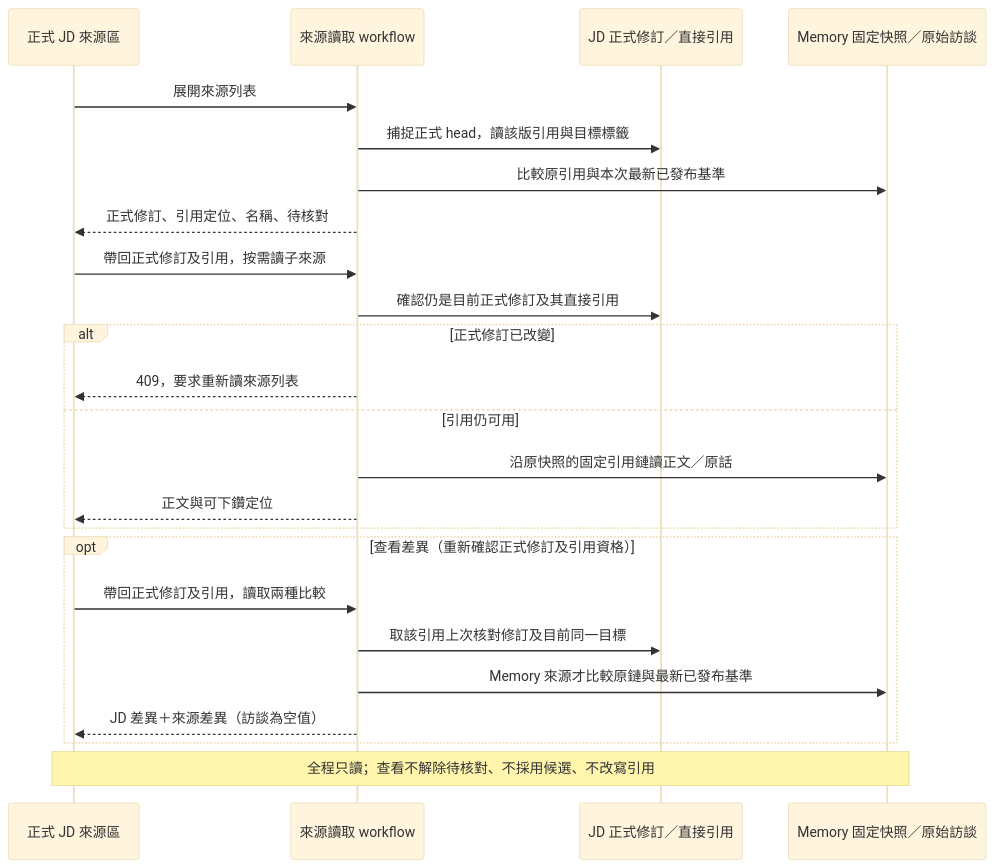
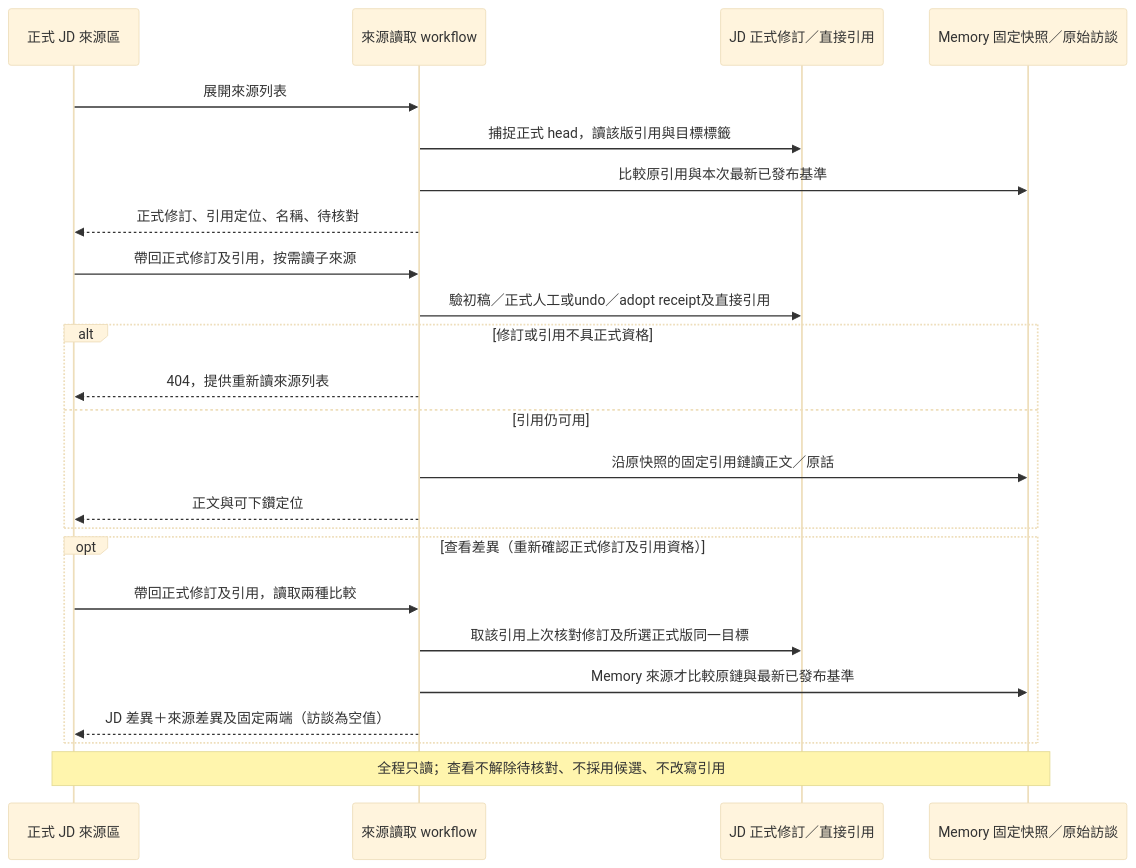
One commit to JD-Consultant/Caliburn changed the diagram in docs/diagrams/implementation/interface-and-delivery/jd-source-lookup.mmd. Above: the diagram before and after it, drawn with Mermaid (base theme). The commit also changed 920 other files, not shown here.

```diff
--- a/docs/diagrams/implementation/interface-and-delivery/jd-source-lookup.mmd
+++ b/docs/diagrams/implementation/interface-and-delivery/jd-source-lookup.mmd
@@ -1,26 +1,26 @@
 %% title: 現行：正式 JD 來源的唯讀回查
 %% legend: 實線實心箭頭為呼叫，虛線為回覆；alt 為修訂資格分支，opt 為按需比較。Memory 與訪談合併呈現，全程不解除待核對。
 sequenceDiagram
   participant UI as 正式 JD 來源區
   participant Query as 來源讀取 workflow
   participant JD as JD 正式修訂／直接引用
   participant Memory as Memory 固定快照／原始訪談
   UI->>Query: 展開來源列表
   Query->>JD: 捕捉正式 head，讀該版引用與目標標籤
   Query->>Memory: 比較原引用與本次最新已發布基準
   Query-->>UI: 正式修訂、引用定位、名稱、待核對
   UI->>Query: 帶回正式修訂及引用，按需讀子來源
-  Query->>JD: 確認仍是目前正式修訂及其直接引用
-  alt 正式修訂已改變
-    Query-->>UI: 409，要求重新讀來源列表
+  Query->>JD: 驗初稿／正式人工或undo／adopt receipt及直接引用
+  alt 修訂或引用不具正式資格
+    Query-->>UI: 404，提供重新讀來源列表
   else 引用仍可用
     Query->>Memory: 沿原快照的固定引用鏈讀正文／原話
     Query-->>UI: 正文與可下鑽定位
   end
   opt 查看差異（重新確認正式修訂及引用資格）
     UI->>Query: 帶回正式修訂及引用，讀取兩種比較
-    Query->>JD: 取該引用上次核對修訂及目前同一目標
+    Query->>JD: 取該引用上次核對修訂及所選正式版同一目標
     Query->>Memory: Memory 來源才比較原鏈與最新已發布基準
-    Query-->>UI: JD 差異＋來源差異（訪談為空值）
+    Query-->>UI: JD 差異＋來源差異及固定兩端（訪談為空值）
   end
   Note over UI,Memory: 全程只讀；查看不解除待核對、不採用候選、不改寫引用
```
